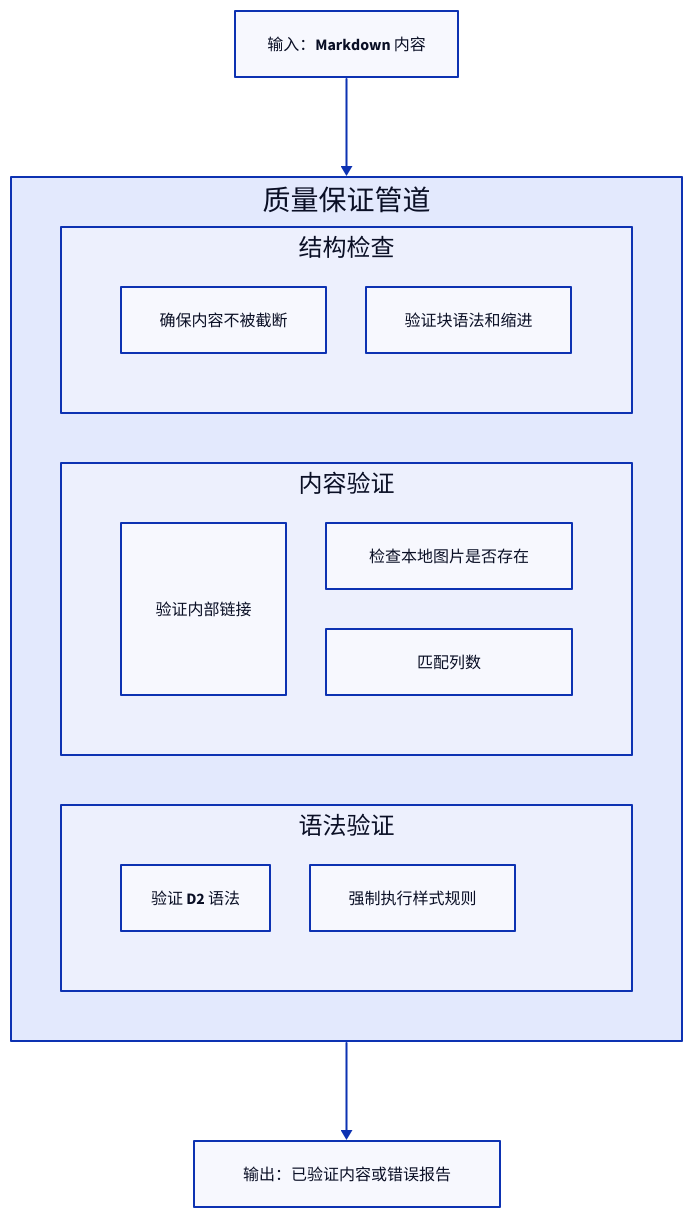
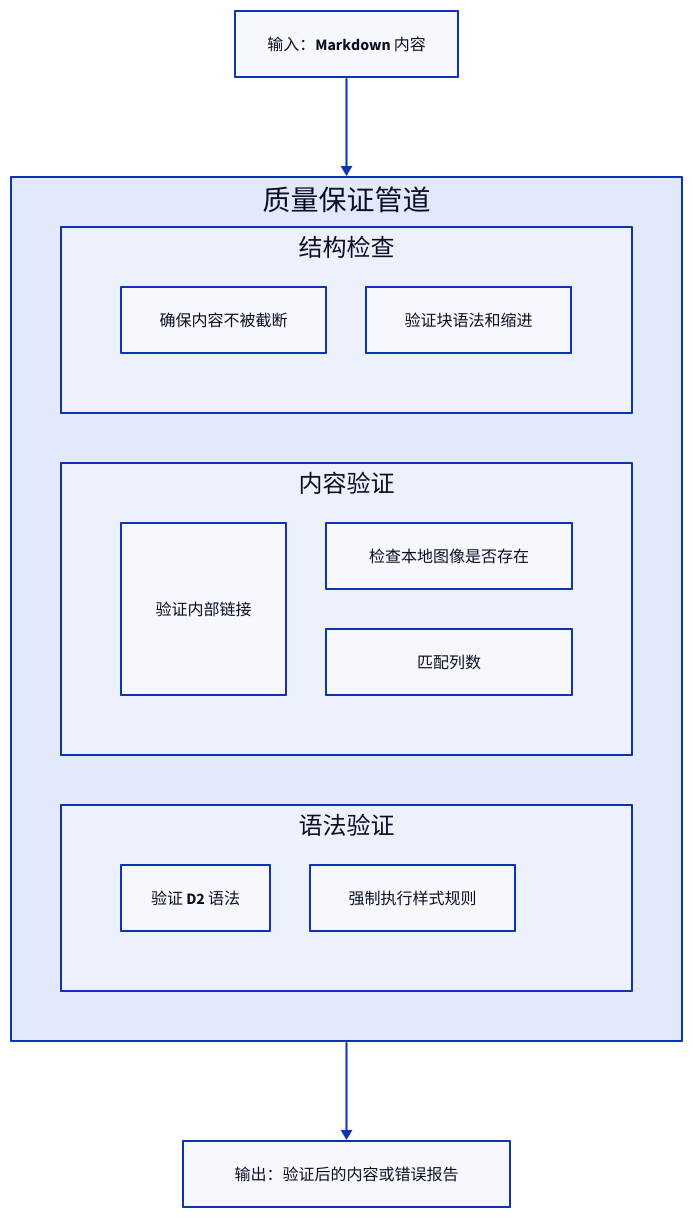
Before and after one commit to AIGNE-io/aigne-doc-smith: the diagram in docs/advanced-quality-assurance.zh.md, drawn with D2. The commit also changed other lines of this file and 65 other files, not shown here.

````diff
--- a/docs/advanced-quality-assurance.zh.md
+++ b/docs/advanced-quality-assurance.zh.md
@@ -7,48 +7,48 @@
 ```d2
 direction: down
 
 Input-Markdown-Content: {
   label: "输入：Markdown 内容"
   shape: rectangle
 }
 
 QA-Pipeline: {
   label: "质量保证管道"
   shape: rectangle
   grid-columns: 1
   grid-gap: 50
 
   Structural-Checks: {
     label: "结构检查"
     shape: rectangle
     grid-columns: 2
     Completeness: "确保内容不被截断"
     Code-Blocks: "验证块语法和缩进"
   }
 
   Content-Validation: {
     label: "内容验证"
     shape: rectangle
     grid-columns: 2
     Link-Integrity: "验证内部链接"
-    Image-Paths: "检查本地图片是否存在"
+    Image-Paths: "检查本地图像是否存在"
     Table-Formatting: "匹配列数"
   }
 
   Syntax-Validation: {
     label: "语法验证"
     shape: rectangle
     grid-columns: 2
     D2-Diagrams: "验证 D2 语法"
     Markdown-Linting: "强制执行样式规则"
   }
 }
 
 Output-Validated-Content-or-Error-Report: {
-  label: "输出：已验证内容或错误报告"
+  label: "输出：验证后的内容或错误报告"
   shape: rectangle
 }
 
 Input-Markdown-Content -> QA-Pipeline
 QA-Pipeline -> Output-Validated-Content-or-Error-Report
 ```
````
